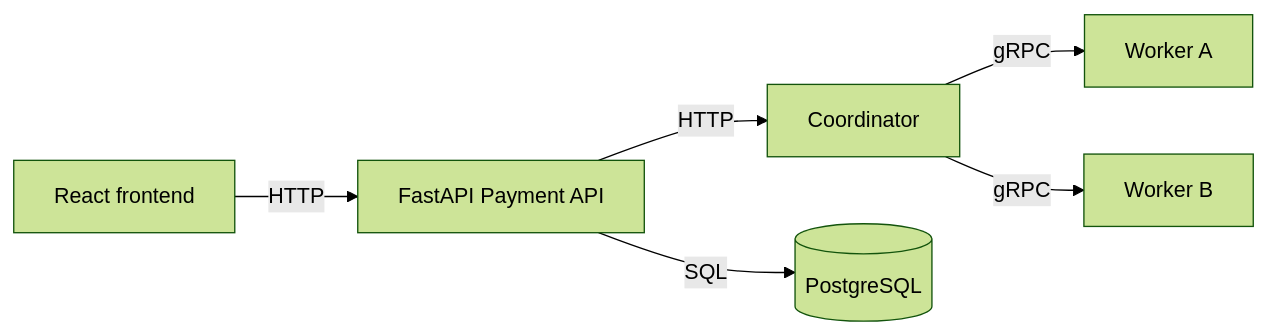
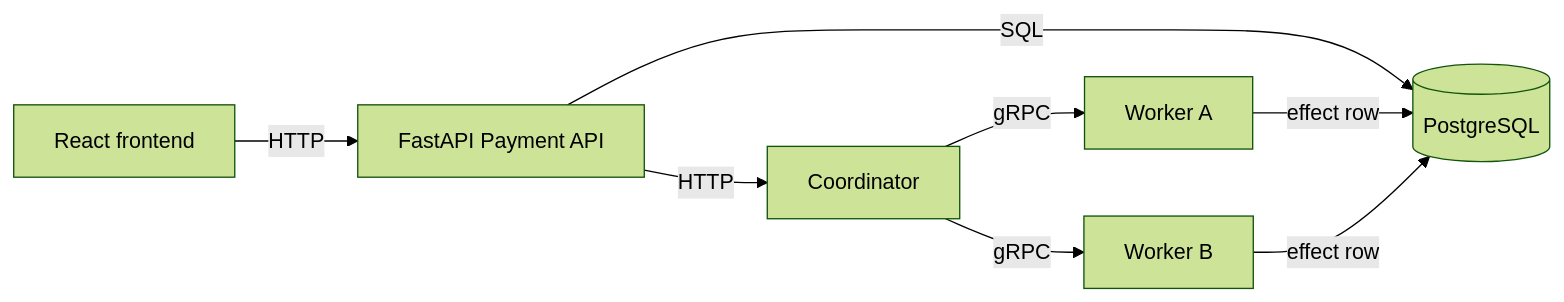
One commit to nehachaudhari20/PaySafe-DS changed the diagram in README.md. Above: the diagram before and after it, drawn with Mermaid (forest theme). The commit also changed other lines of this file and 23 other files, not shown here.

````diff
--- a/README.md
+++ b/README.md
@@ -9,8 +9,10 @@
 ```mermaid
 flowchart LR
     UI["React frontend"] -->|HTTP| API["FastAPI Payment API"]
     API -->|HTTP| COORD["Coordinator"]
     COORD -->|gRPC| WA["Worker A"]
     COORD -->|gRPC| WB["Worker B"]
     API -->|SQL| DB[("PostgreSQL")]
+    WA -->|effect row| DB
+    WB -->|effect row| DB
 ```
````
